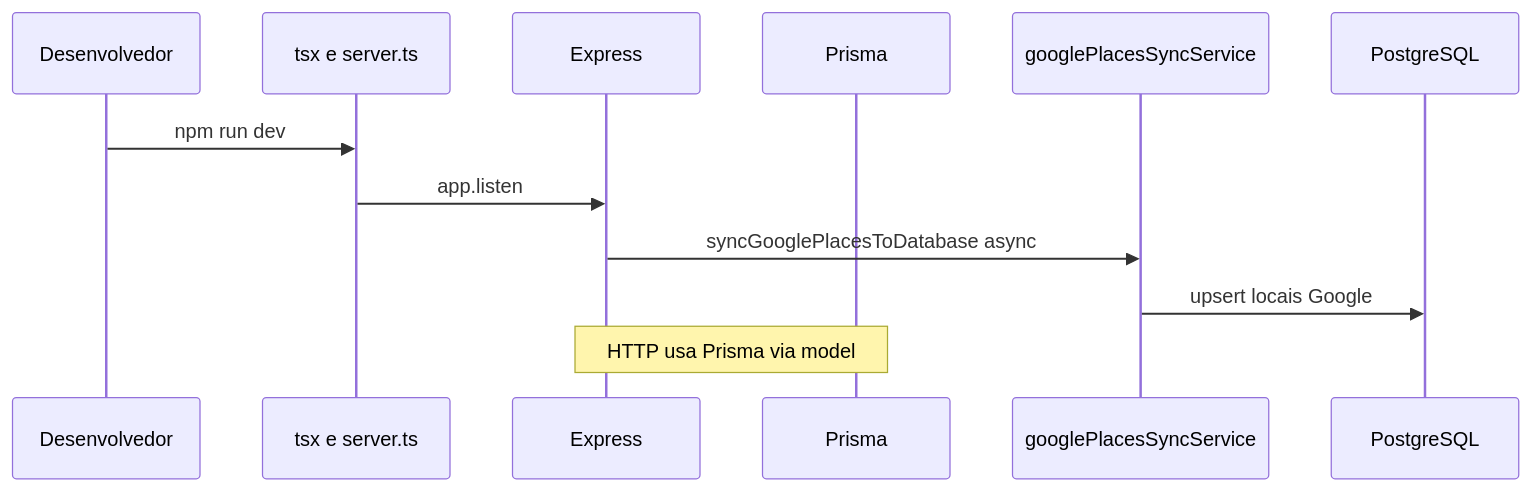
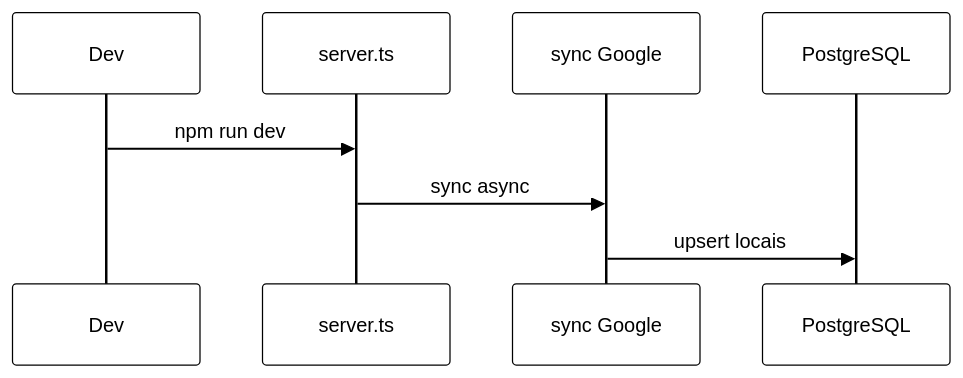
Before and after one commit to Marianamrts/Copia_2026.01-T02_G5_EuAmoPiri_Entrega_04: the diagram in docs/ArquiteturaReutilizacao/backend/00.VisaoGeral.md, drawn with Mermaid. The commit also changed other lines of this file and 30 other files, not shown here.

````diff
--- a/docs/ArquiteturaReutilizacao/backend/00.VisaoGeral.md
+++ b/docs/ArquiteturaReutilizacao/backend/00.VisaoGeral.md
@@ -172,15 +172,11 @@
 ```mermaid
+%%{init: {'theme':'base','themeVariables':{'primaryColor':'#fff','primaryTextColor':'#000','primaryBorderColor':'#000','lineColor':'#000','secondaryColor':'#eee','tertiaryColor':'#fff','clusterBkg':'#fff','clusterBorder':'#000','actorBkg':'#fff','actorBorder':'#000','actorTextColor':'#000'}}}%%
 sequenceDiagram
-    participant Dev as Desenvolvedor
-    participant TSX as tsx e server.ts
-    participant Express as Express
-    participant Prisma as Prisma
-    participant Sync as googlePlacesSyncService
-    participant PG as PostgreSQL
-
-    Dev->>TSX: npm run dev
-    TSX->>Express: app.listen
-    Express->>Sync: syncGooglePlacesToDatabase async
-    Sync->>PG: upsert locais Google
-    Note over Express,Prisma: HTTP usa Prisma via model
+    participant D as Dev
+    participant S as server.ts
+    participant G as sync Google
+    participant P as PostgreSQL
+    D->>S: npm run dev
+    S->>G: sync async
+    G->>P: upsert locais
 ```
````
